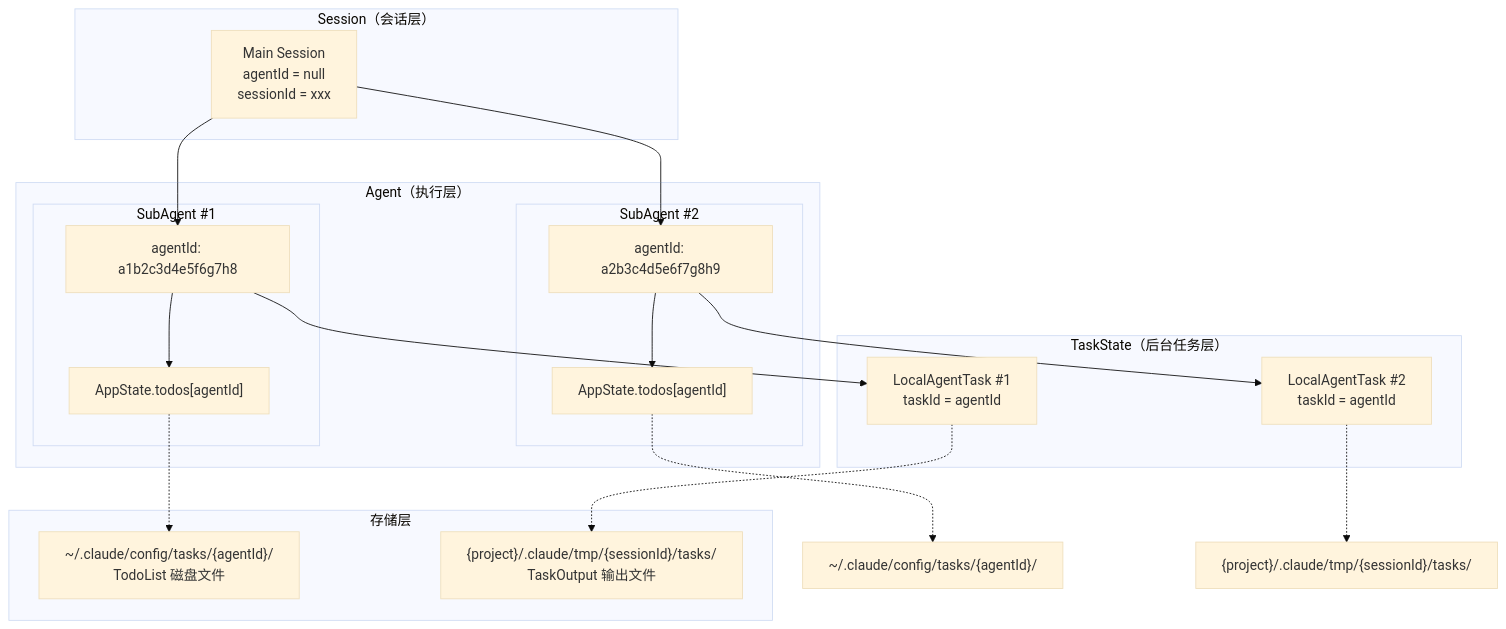
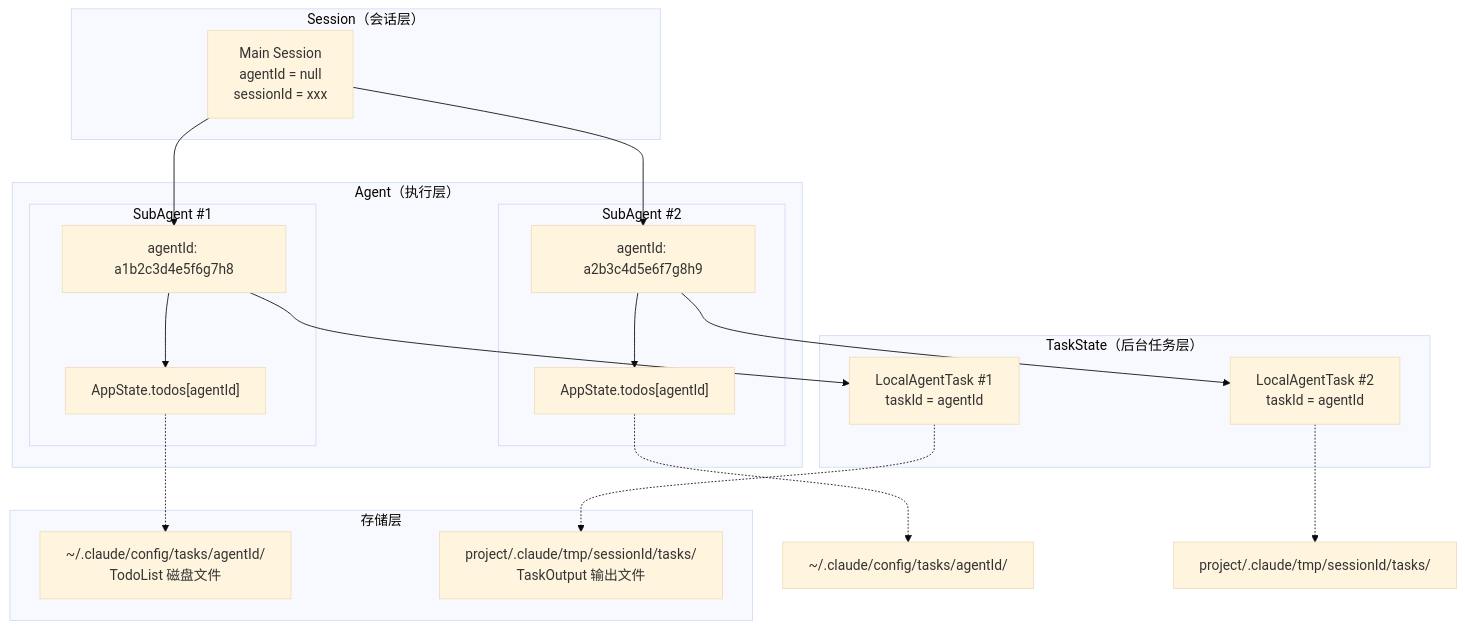
One commit to platootalp/harness-code changed the seventh of 16 diagrams in claude-code/docs/deep/TASK-SYSTEM.md. Above: the diagram before and after it, drawn with Mermaid (base theme). The commit also changed other lines of this file and 58 other files, not shown here.

````diff
--- a/claude-code/docs/deep/TASK-SYSTEM.md
+++ b/claude-code/docs/deep/TASK-SYSTEM.md
@@ -404,40 +404,40 @@
 ```mermaid
 flowchart TD
     subgraph Session["Session（会话层）"]
         main["Main Session<br/>agentId = null<br/>sessionId = xxx"]
     end
 
     subgraph Agents["Agent（执行层）"]
         subgraph SubAgent1["SubAgent #1"]
             sa1["agentId: a1b2c3d4e5f6g7h8"]
             todo1["AppState.todos[agentId]"]
         end
         subgraph SubAgent2["SubAgent #2"]
             sa2["agentId: a2b3c4d5e6f7g8h9"]
             todo2["AppState.todos[agentId]"]
         end
     end
 
     subgraph Tasks["TaskState（后台任务层）"]
         ts1["LocalAgentTask #1<br/>taskId = agentId"]
         ts2["LocalAgentTask #2<br/>taskId = agentId"]
     end
 
     subgraph Storage["存储层"]
-        disk1["~/.claude/config/tasks/{agentId}/<br/>TodoList 磁盘文件"]
-        output1["{project}/.claude/tmp/{sessionId}/tasks/<br/>TaskOutput 输出文件"]
+        disk1["~/.claude/config/tasks/agentId/<br/>TodoList 磁盘文件"]
+        output1["project/.claude/tmp/sessionId/tasks/<br/>TaskOutput 输出文件"]
     end
 
     main --> sa1
     main --> sa2
     sa1 --> ts1
     sa2 --> ts2
     sa1 --> todo1
     sa2 --> todo2
     todo1 -.-> disk1
     todo2 -.-> disk2
     ts1 -.-> output1
     ts2 -.-> output2
-    disk2["~/.claude/config/tasks/{agentId}/"]
-    output2["{project}/.claude/tmp/{sessionId}/tasks/"]
+    disk2["~/.claude/config/tasks/agentId/"]
+    output2["project/.claude/tmp/sessionId/tasks/"]
 ```
````
